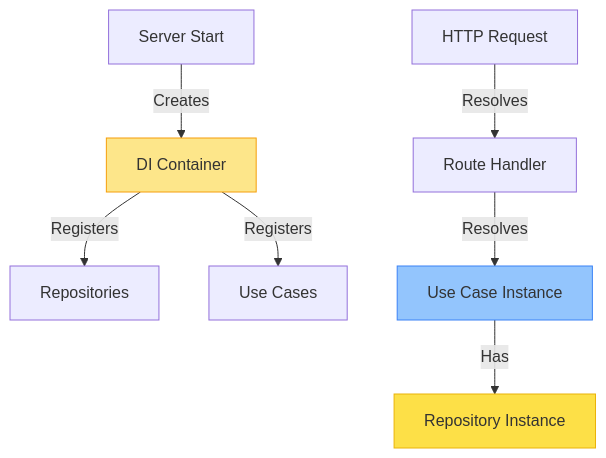
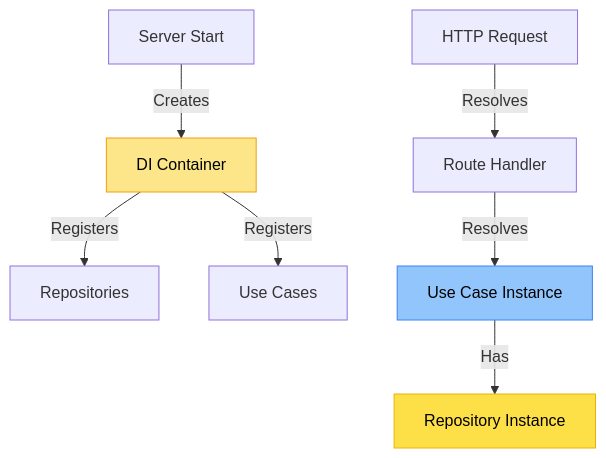
Before and after one commit to ariam711/fastify-clean-arch-api-todolist: diagram 11 of 12 in docs/ARCHITECTURE_GUIDE.md, drawn with Mermaid. The commit also changed other lines of this file and 1 other file, not shown here.

````diff
--- a/docs/ARCHITECTURE_GUIDE.md
+++ b/docs/ARCHITECTURE_GUIDE.md
@@ -395,14 +1225,14 @@
 ```mermaid
 graph TB
     Server[Server Start] -->|Creates| Container[DI Container]
     Container -->|Registers| Repos[Repositories]
     Container -->|Registers| UseCases[Use Cases]
     
     Request[HTTP Request] -->|Resolves| Route[Route Handler]
     Route -->|Resolves| UseCase[Use Case Instance]
     UseCase -->|Has| Repo[Repository Instance]
     
-    style Container fill:#fde68a,stroke:#f59e0b
-    style UseCase fill:#93c5fd,stroke:#3b82f6
-    style Repo fill:#fde047,stroke:#eab308
+    style Container fill:#fde68a,stroke:#f59e0b,color:#000
+    style UseCase fill:#93c5fd,stroke:#3b82f6,color:#000
+    style Repo fill:#fde047,stroke:#eab308,color:#000
 ```
````
